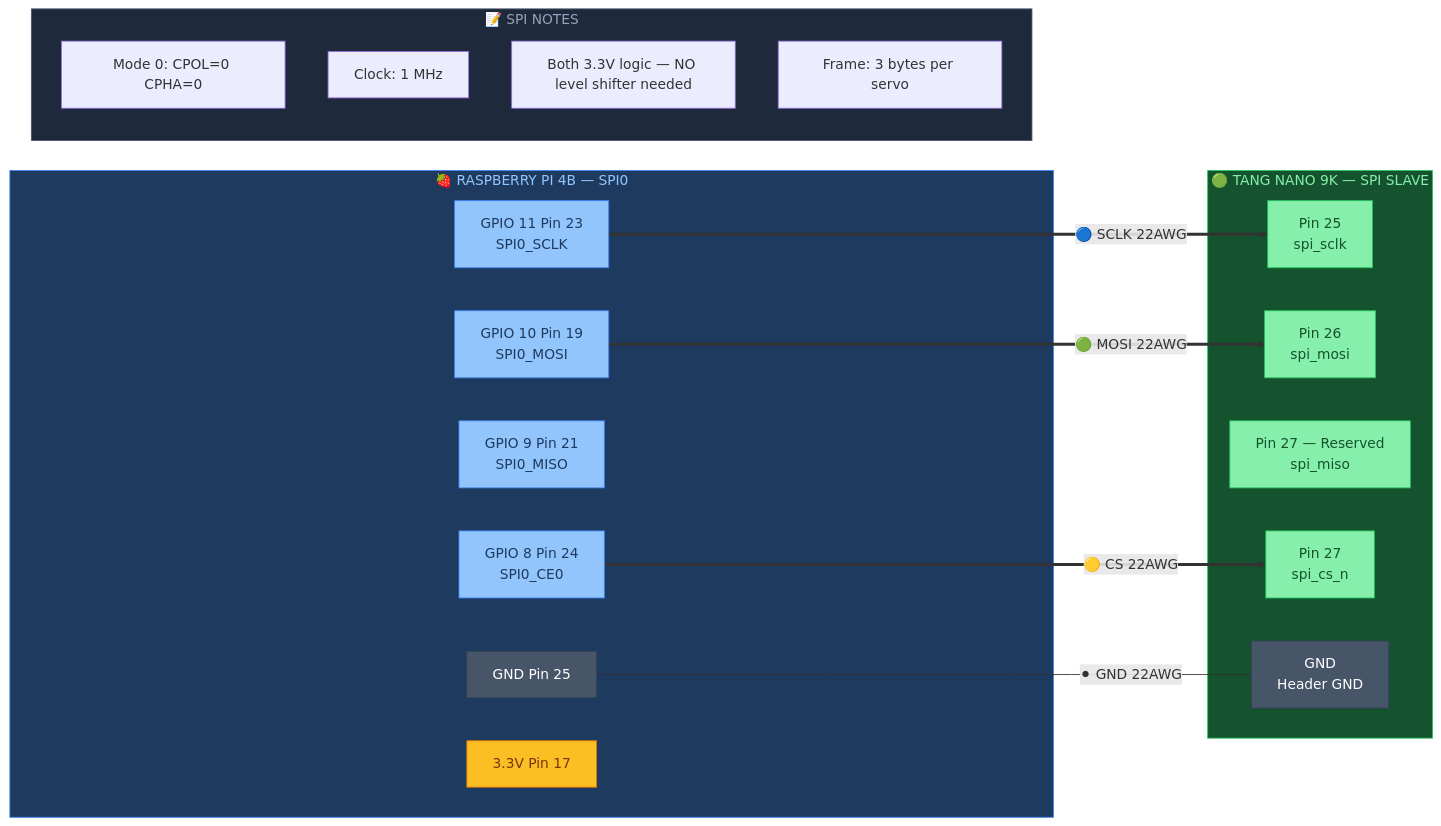
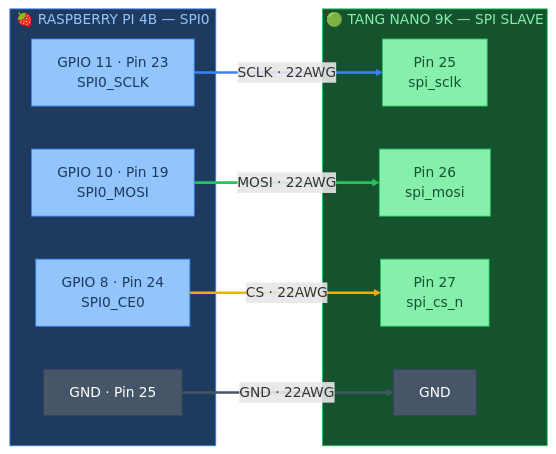
Before and after one commit to Major-Project-001/VIGIL-RQ: the third of 11 diagrams in control/docs/wiring_diagram.md, drawn with Mermaid. The commit also changed other lines of this file, not shown here.

Commit message:
docs: Add color-coded linkStyle to all Mermaid connection lines

````diff
--- a/control/docs/wiring_diagram.md
+++ b/control/docs/wiring_diagram.md
@@ -215,43 +179,33 @@
 ```mermaid
 graph LR
-    classDef rpi fill:#3b82f6,stroke:#1d4ed8,color:#fff,font-weight:bold
     classDef rpiPin fill:#93c5fd,stroke:#3b82f6,color:#1e3a5f
-    classDef fpga fill:#22c55e,stroke:#15803d,color:#fff,font-weight:bold
     classDef fpgaPin fill:#86efac,stroke:#22c55e,color:#14532d
     classDef gnd fill:#475569,stroke:#334155,color:#fff
-    classDef vcc fill:#fbbf24,stroke:#d97706,color:#78350f
 
     subgraph RPI_SPI["🍓 RASPBERRY PI 4B — SPI0"]
-        RPI_SCLK["GPIO 11  Pin 23<br/>SPI0_SCLK"]:::rpiPin
-        RPI_MOSI["GPIO 10  Pin 19<br/>SPI0_MOSI"]:::rpiPin
-        RPI_MISO["GPIO 9  Pin 21<br/>SPI0_MISO"]:::rpiPin
-        RPI_CE0["GPIO 8  Pin 24<br/>SPI0_CE0"]:::rpiPin
-        RPI_GND_SPI["GND  Pin 25"]:::gnd
-        RPI_3V3_SPI["3.3V  Pin 17"]:::vcc
+        R_SCLK["GPIO 11 · Pin 23<br/>SPI0_SCLK"]:::rpiPin
+        R_MOSI["GPIO 10 · Pin 19<br/>SPI0_MOSI"]:::rpiPin
+        R_CE0["GPIO 8 · Pin 24<br/>SPI0_CE0"]:::rpiPin
+        R_GND["GND · Pin 25"]:::gnd
     end
 
     subgraph FPGA_SPI["🟢 TANG NANO 9K — SPI SLAVE"]
-        FPGA_SCLK["Pin 25<br/>spi_sclk"]:::fpgaPin
-        FPGA_MOSI["Pin 26<br/>spi_mosi"]:::fpgaPin
-        FPGA_MISO["Pin 27 — Reserved<br/>spi_miso"]:::fpgaPin
-        FPGA_CS["Pin 27<br/>spi_cs_n"]:::fpgaPin
-        FPGA_GND_SPI["GND<br/>Header GND"]:::gnd
+        F_SCLK["Pin 25<br/>spi_sclk"]:::fpgaPin
+        F_MOSI["Pin 26<br/>spi_mosi"]:::fpgaPin
+        F_CS["Pin 27<br/>spi_cs_n"]:::fpgaPin
+        F_GND["GND"]:::gnd
     end
 
-    subgraph NOTES_SPI["📝 SPI NOTES"]
-        N1["Mode 0: CPOL=0 CPHA=0"]
-        N2["Clock: 1 MHz"]
-        N3["Both 3.3V logic — NO level shifter needed"]
-        N4["Frame: 3 bytes per servo"]
-    end
+    R_SCLK -->|"SCLK · 22AWG"| F_SCLK
+    R_MOSI -->|"MOSI · 22AWG"| F_MOSI
+    R_CE0 -->|"CS · 22AWG"| F_CS
+    R_GND -->|"GND · 22AWG"| F_GND
 
-    %% SPI Signal connections
-    RPI_SCLK ==>|"🔵 SCLK  22AWG"| FPGA_SCLK
-    RPI_MOSI ==>|"🟢 MOSI  22AWG"| FPGA_MOSI
-    RPI_CE0 ==>|"🟡 CS  22AWG"| FPGA_CS
-    RPI_GND_SPI ---|"⚫ GND  22AWG"| FPGA_GND_SPI
+    linkStyle 0 stroke:#3b82f6,stroke-width:3px
+    linkStyle 1 stroke:#22c55e,stroke-width:3px
+    linkStyle 2 stroke:#eab308,stroke-width:3px
+    linkStyle 3 stroke:#475569,stroke-width:3px
 
     style RPI_SPI fill:#1e3a5f,stroke:#3b82f6,color:#93c5fd
     style FPGA_SPI fill:#14532d,stroke:#22c55e,color:#86efac
-    style NOTES_SPI fill:#1e293b,stroke:#475569,color:#94a3b8
 ```
````
